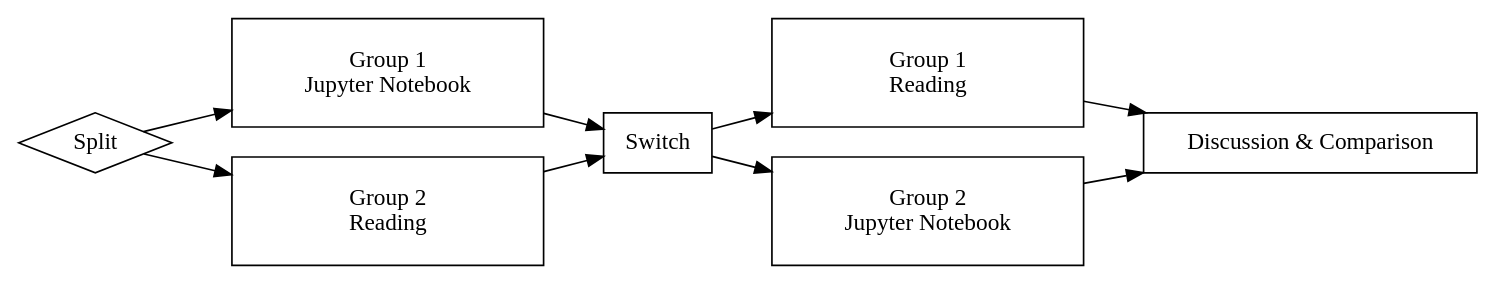
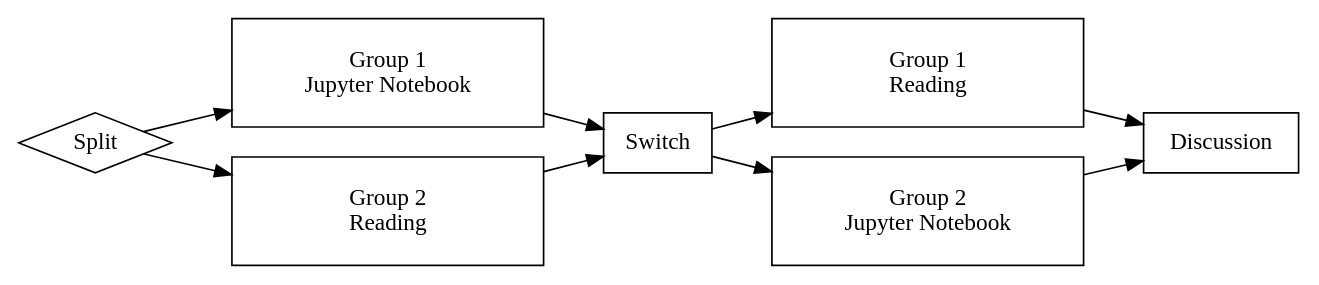
One commit to fs-ise/analytics-and-big-data changed the third of 3 diagrams in slides/lecture_1_rise_of_data_analytics.qmd. Above: the diagram before and after it, drawn with Graphviz. The commit also changed other lines of this file and 5 other files, not shown here.

````diff
--- a/slides/lecture_1_rise_of_data_analytics.qmd
+++ b/slides/lecture_1_rise_of_data_analytics.qmd
@@ -814,31 +831,31 @@
 ```{dot}
 digraph learning_flow {
     rankdir=LR;
 
     node [shape=box];
 
     B [label="Split", shape=diamond];
 
     C [label="Group 1\nJupyter Notebook", width=2.6, height=0.9, fixedsize=true];
     D [label="Group 2\nReading", width=2.6, height=0.9, fixedsize=true];
 
     E [label="Switch"];
 
     F [label="Group 1\nReading", width=2.6, height=0.9, fixedsize=true];
     G [label="Group 2\nJupyter Notebook", width=2.6, height=0.9, fixedsize=true];
 
-    H [label="Discussion & Comparison"];
+    H [label="Discussion"];
 
     B -> C;
     B -> D;
 
     C -> E;
     D -> E;
 
     E -> F;
     E -> G;
 
     F -> H;
     G -> H;
 }
 ```
````
